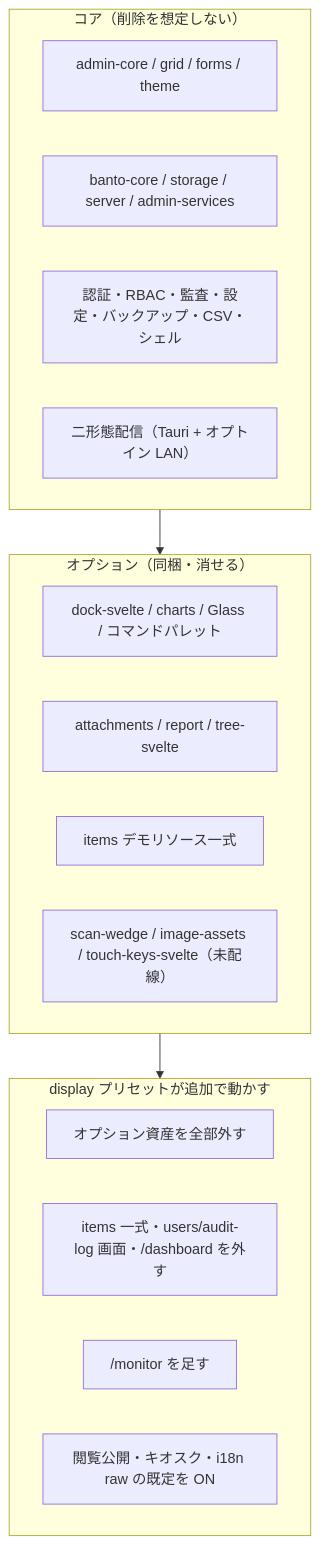
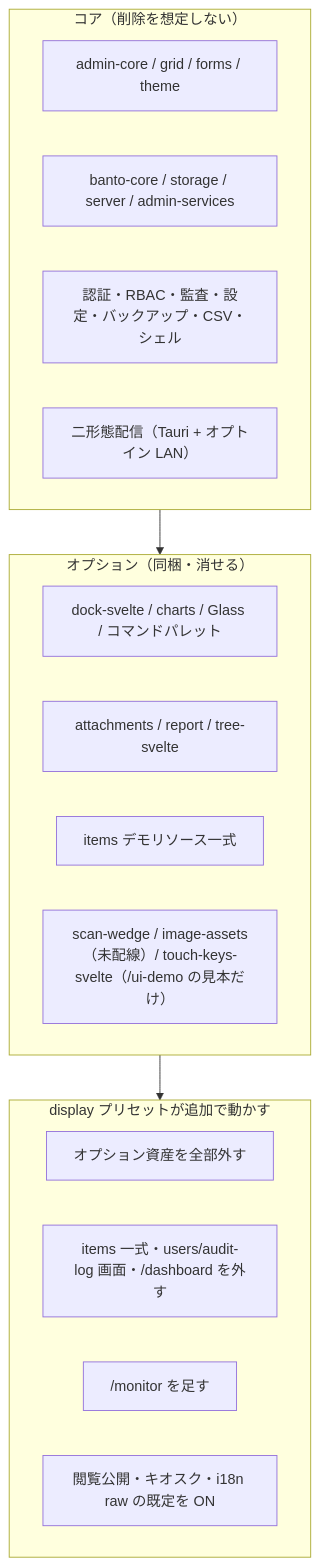
One commit to tyaro/banto changed the fourth of 7 diagrams in docs/architecture-overview.md. Above: the diagram before and after it, drawn with Mermaid. The commit also changed other lines of this file and 28 other files, not shown here.

First line of the commit message:
feat(admin-template): /ui-demo に touch-keys-svelte の見本のカード（#937 T7） (#966)

````diff
--- a/docs/architecture-overview.md
+++ b/docs/architecture-overview.md
@@ -164,26 +164,26 @@
 ```mermaid
 flowchart TB
   subgraph core["コア（削除を想定しない）"]
     C1["admin-core / grid / forms / theme"]
     C2["banto-core / storage / server / admin-services"]
     C3["認証・RBAC・監査・設定・バックアップ・CSV・シェル"]
     C4["二形態配信（Tauri + オプトイン LAN）"]
   end
 
   subgraph opt["オプション（同梱・消せる）"]
     O1["dock-svelte / charts / Glass / コマンドパレット"]
     O2["attachments / report / tree-svelte"]
     O3["items デモリソース一式"]
-    O4["scan-wedge / image-assets / touch-keys-svelte（未配線）"]
+    O4["scan-wedge / image-assets（未配線）/ touch-keys-svelte（/ui-demo の見本だけ）"]
   end
 
   subgraph display["display プリセットが追加で動かす"]
     D1["オプション資産を全部外す"]
     D2["items 一式・users/audit-log 画面・/dashboard を外す"]
     D3["/monitor を足す"]
     D4["閲覧公開・キオスク・i18n raw の既定を ON"]
   end
 
   core --> opt
   opt --> display
 ```
````
